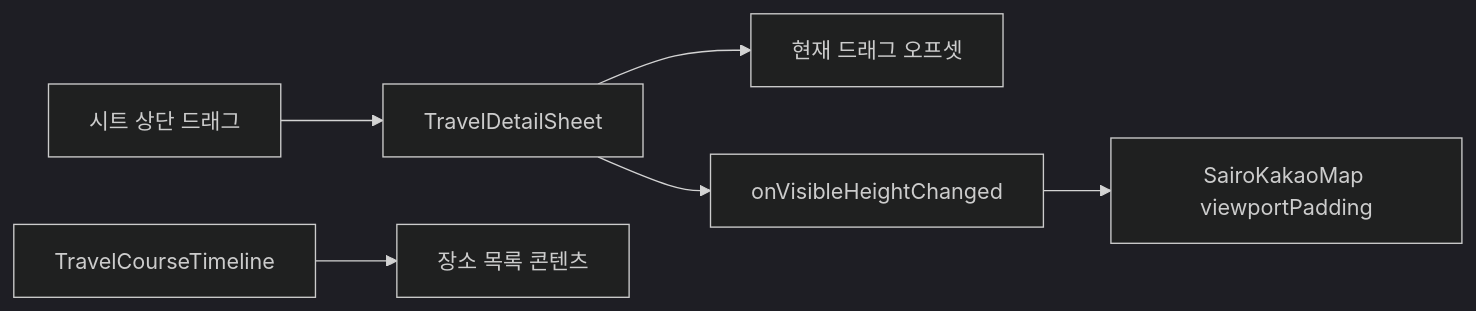
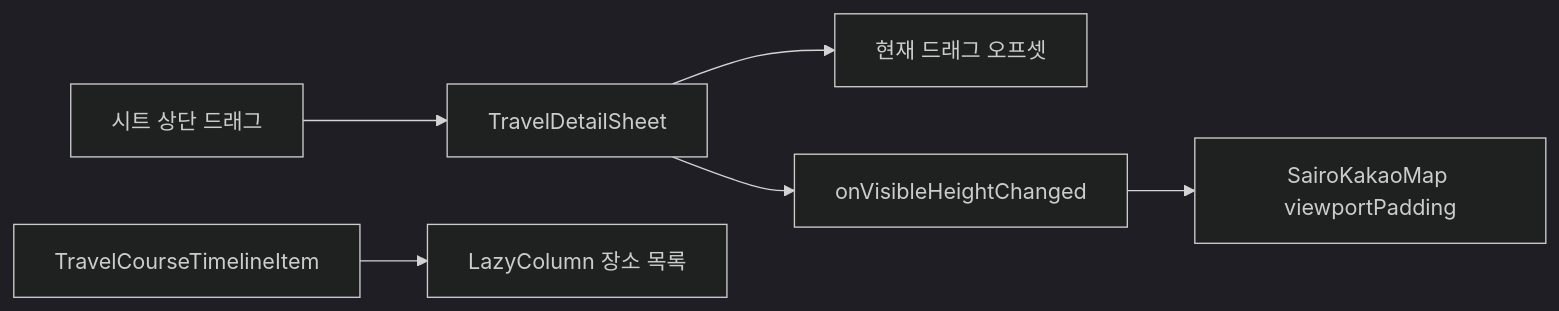
The diagram in docs/intermediate/three-state-travel-detail-sheet.md (SAIRO14/SAIRO-ANDROID), drawn with Mermaid (dark theme) before and after one commit. The commit also changed other lines of this file and 3 other files, not shown here.

````diff
--- a/docs/intermediate/three-state-travel-detail-sheet.md
+++ b/docs/intermediate/three-state-travel-detail-sheet.md
@@ -34,8 +36,8 @@
 ```mermaid
 flowchart LR
     Header["시트 상단 드래그"] --> Sheet["TravelDetailSheet"]
     Sheet --> Offset["현재 드래그 오프셋"]
     Sheet --> Height["onVisibleHeightChanged"]
     Height --> Map["SairoKakaoMap viewportPadding"]
-    Timeline["TravelCourseTimeline"] --> List["장소 목록 콘텐츠"]
+    Timeline["TravelCourseTimelineItem"] --> List["LazyColumn 장소 목록"]
 ```
````
